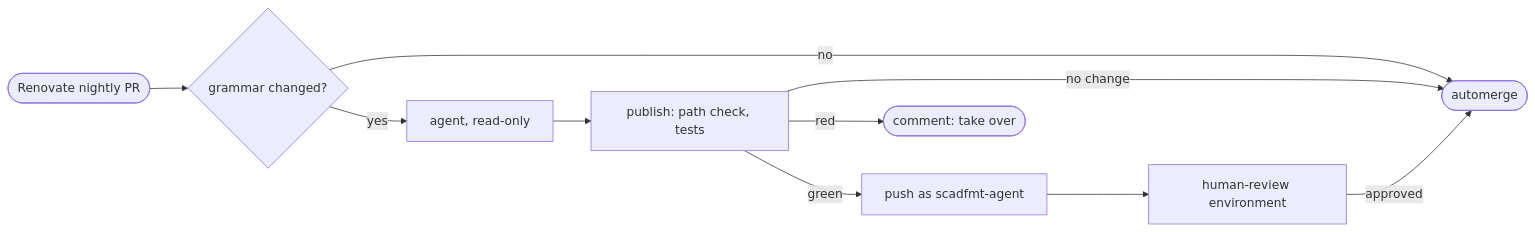
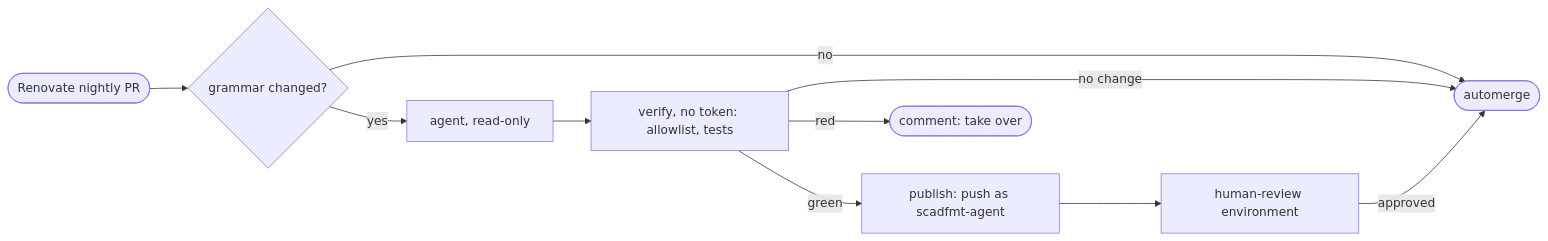
One commit to kellerlabs/homeracker changed the second of 2 diagrams in .github/workflows/README.md. Above: the diagram before and after it, drawn with Mermaid. The commit also changed 5 other files, not shown here.

First line of the commit message:
fix(scadfmt): keep tokens away from the agent's code and its checks immutable

````diff
--- a/.github/workflows/README.md
+++ b/.github/workflows/README.md
@@ -72,9 +72,9 @@
 ```mermaid
 flowchart LR
     pr([Renovate nightly PR]) --> gate{grammar changed?}
     gate -->|no| ok([automerge])
-    gate -->|yes| agent[agent, read-only] --> publish[publish: path check, tests]
-    publish -->|no change| ok
-    publish -->|red| human([comment: take over])
-    publish -->|green| push[push as scadfmt-agent] --> review[human-review environment] -->|approved| ok
+    gate -->|yes| agent[agent, read-only] --> verify[verify, no token: allowlist, tests]
+    verify -->|no change| ok
+    verify -->|red| human([comment: take over])
+    verify -->|green| push[publish: push as scadfmt-agent] --> review[human-review environment] -->|approved| ok
 ```
````
